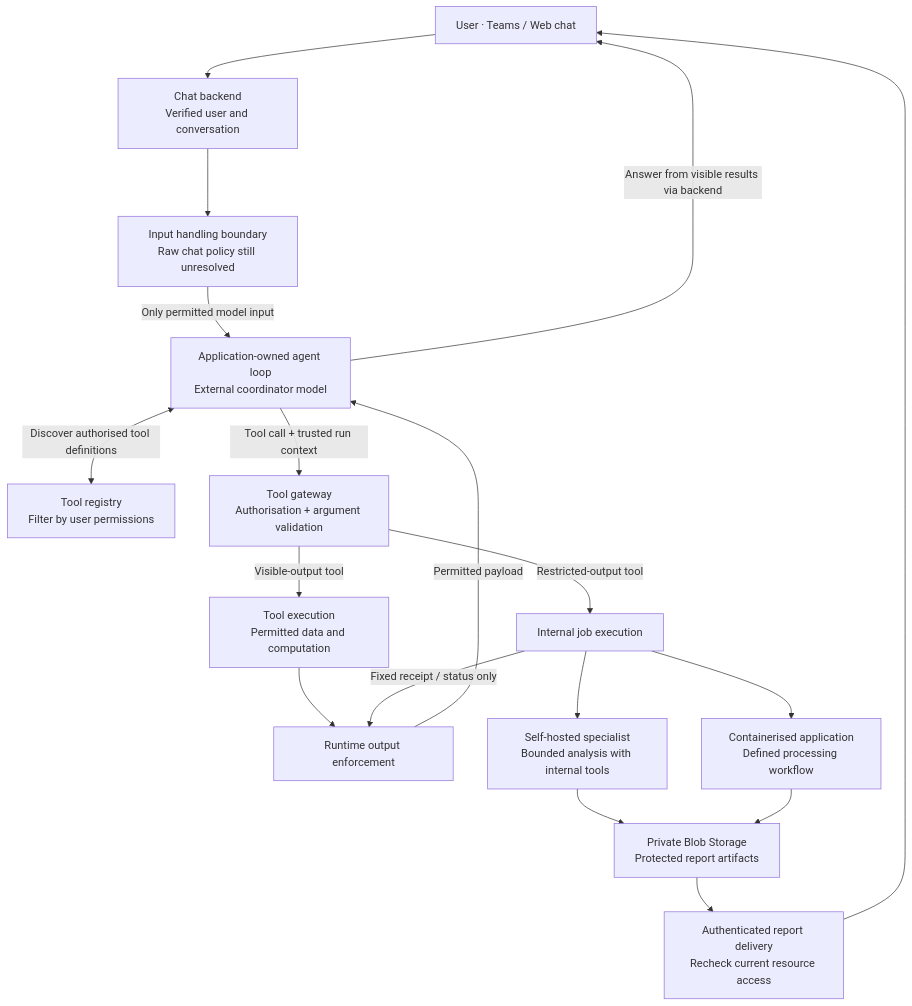
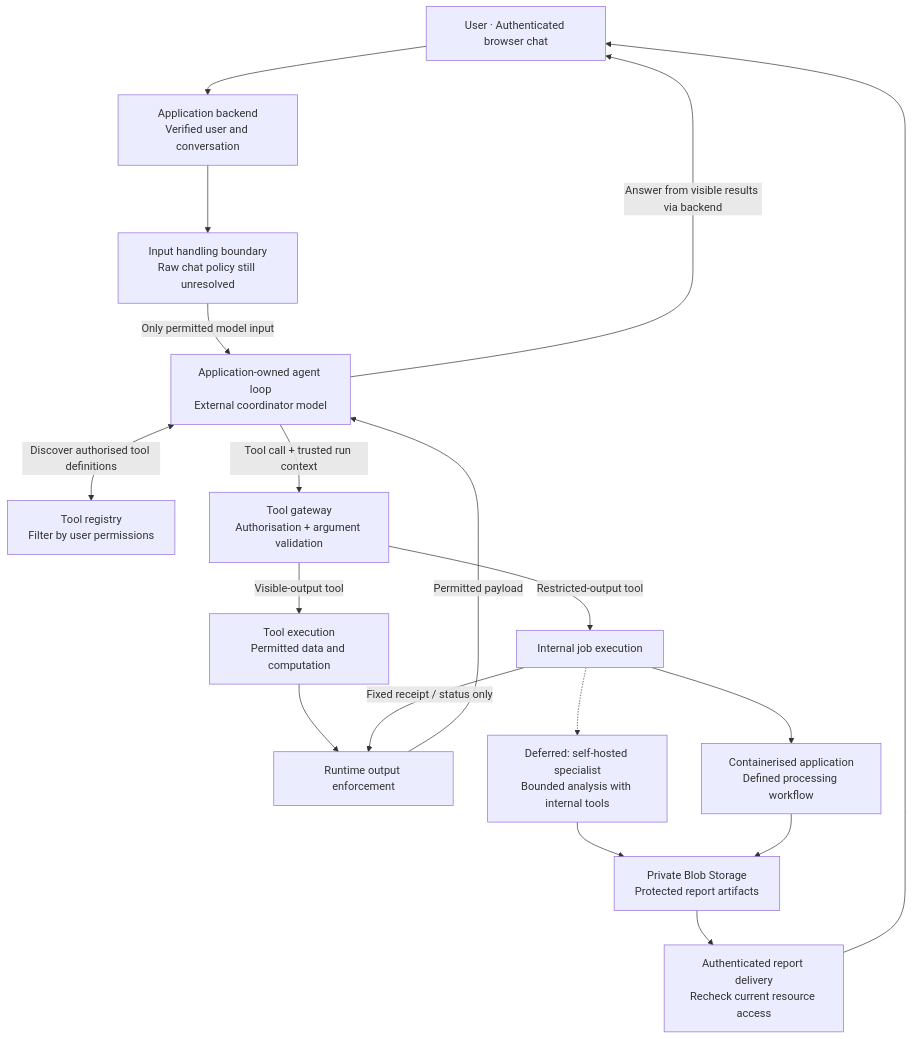
Before and after one commit to bout3fiddy/bankeriq-agent-platform: the diagram in ARCHITECTURE.md, drawn with Mermaid. The commit also changed other lines of this file and 17 other files, not shown here.

````diff
--- a/ARCHITECTURE.md
+++ b/ARCHITECTURE.md
@@ -24,20 +46,20 @@
 ```mermaid
 flowchart TD
-    U["User · Teams / Web chat"] --> A["Chat backend<br/>Verified user and conversation"]
+    U["User · Authenticated browser chat"] --> A["Application backend<br/>Verified user and conversation"]
     A --> I["Input handling boundary<br/>Raw chat policy still unresolved"]
     I -->|"Only permitted model input"| C["Application-owned agent loop<br/>External coordinator model"]
     C <-->|"Discover authorised tool definitions"| D["Tool registry<br/>Filter by user permissions"]
     C -->|"Tool call + trusted run context"| G["Tool gateway<br/>Authorisation + argument validation"]
     G -->|"Visible-output tool"| V["Tool execution<br/>Permitted data and computation"]
     V --> O["Runtime output enforcement"]
     O -->|"Permitted payload"| C
     G -->|"Restricted-output tool"| J["Internal job execution"]
-    J --> S["Self-hosted specialist<br/>Bounded analysis with internal tools"]
+    J -.-> S["Deferred: self-hosted specialist<br/>Bounded analysis with internal tools"]
     J --> K["Containerised application<br/>Defined processing workflow"]
     S --> R["Private Blob Storage<br/>Protected report artifacts"]
     K --> R
     J -->|"Fixed receipt / status only"| O
     R --> B["Authenticated report delivery<br/>Recheck current resource access"]
     B --> U
     C -->|"Answer from visible results via backend"| U
 ```
````
